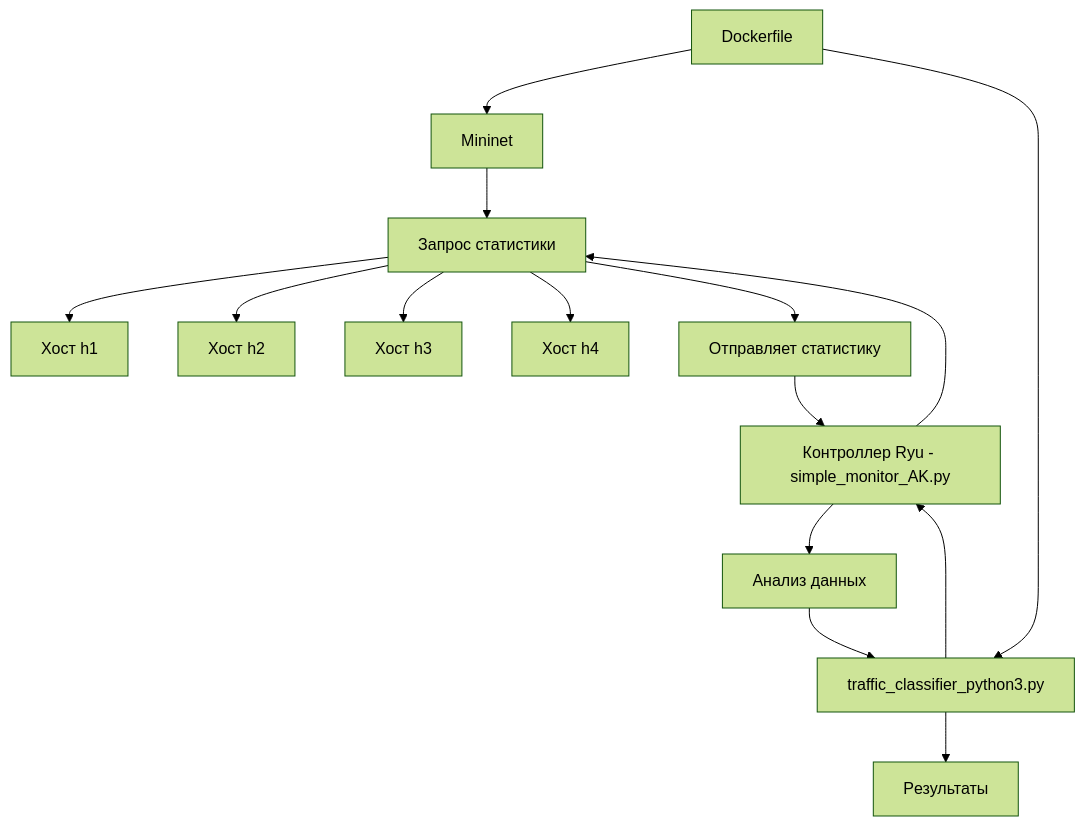
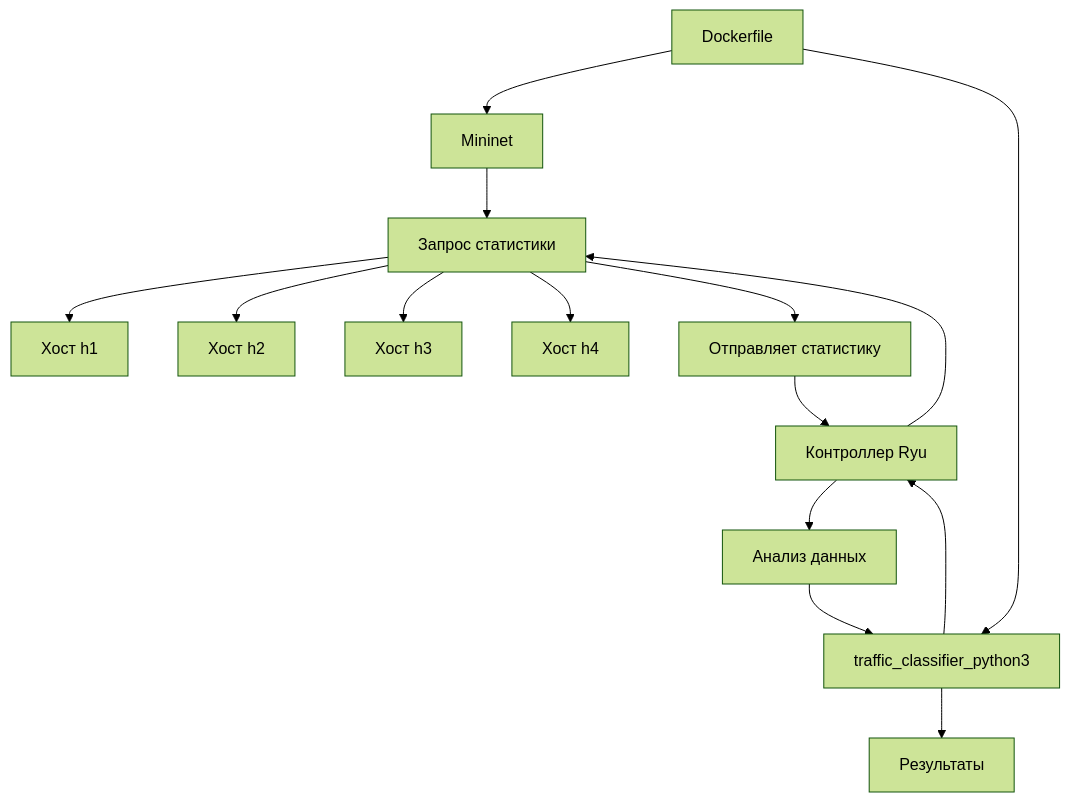
Before and after one commit to kartavu/Diplom: the first of 2 diagrams in README.md, drawn with Mermaid (forest theme).

````diff
--- a/README.md
+++ b/README.md
@@ -56,18 +56,18 @@
 ```mermaid
 graph TD
   A[Dockerfile] --> B[Mininet]
   B --> S1[Коммутатор s1]
   S1 --> H1[Хост h1]
   S1 --> H2[Хост h2]
   S1 --> H3[Хост h3]
   S1 --> H4[Хост h4]
 
-  A --> C[traffic_classifier_python3.py]
-  C --> D[Контроллер Ryu - simple_monitor_AK.py]
+  A --> C[traffic_classifier_python3]
+  C --> D[Контроллер Ryu]
   D --> S1[Запрос статистики]
   S1 --> E[Отправляет статистику]
   E --> D
   D --> F[Анализ данных]
   F --> C
   C --> G[Pезультаты]
 ```
````
